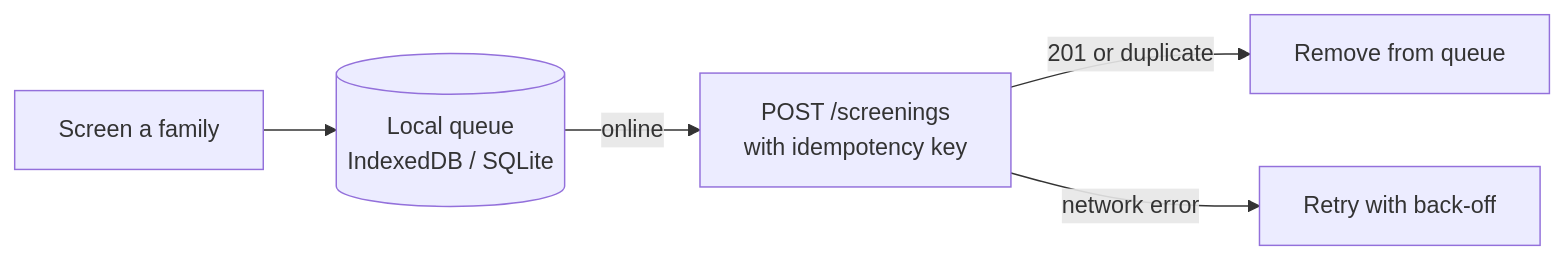
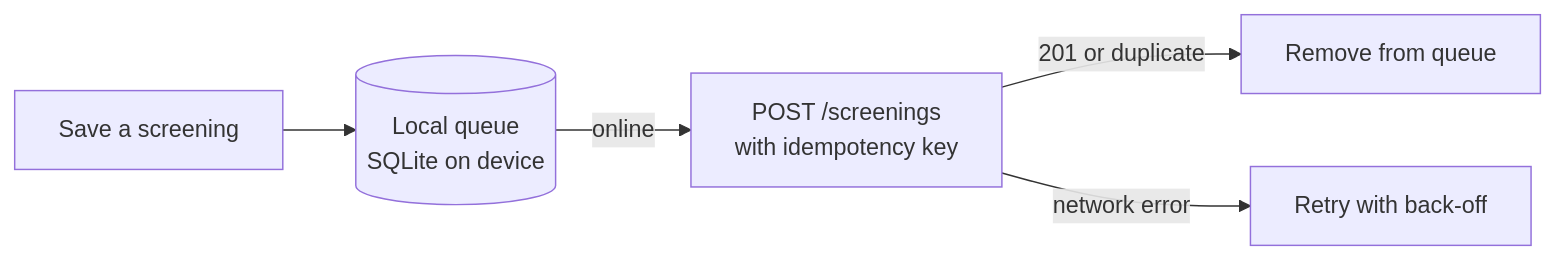
The sixth of 7 diagrams in docs/ARCHITECTURE.md (Zakuroooo/SchemeMatch), drawn with Mermaid before and after one commit. The commit also changed other lines of this file, not shown here.

Commit message:
docs(architecture): point to ADRs and switch hosting to Vercel Functions

````diff
--- a/docs/ARCHITECTURE.md
+++ b/docs/ARCHITECTURE.md
@@ -157,7 +152,7 @@
 ```mermaid
 flowchart LR
-    A[Screen a family] --> Q[(Local queue<br/>IndexedDB / SQLite)]
+    A[Save a screening] --> Q[(Local queue<br/>SQLite on device)]
     Q -->|online| S[POST /screenings<br/>with idempotency key]
     S -->|201 or duplicate| D[Remove from queue]
     S -->|network error| B[Retry with back-off]
 ```
````
